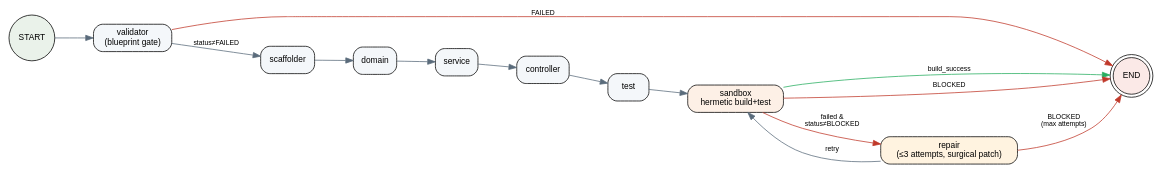
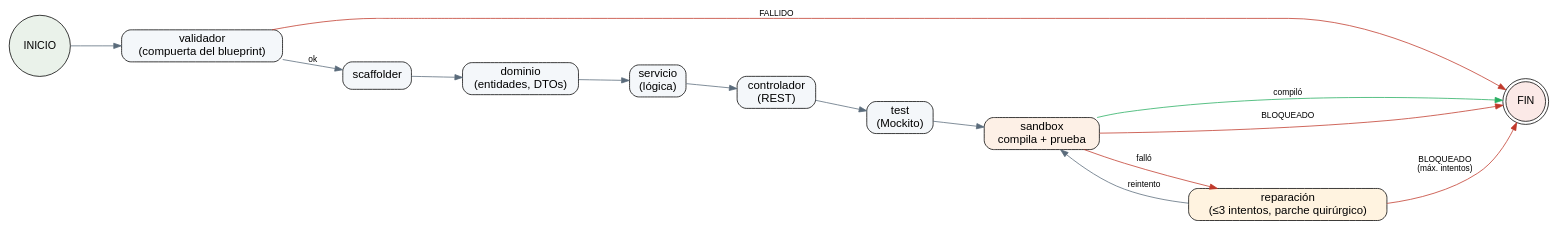
The diagram in docs/fig/workflow.dot (WilliamVegu/agentIA), drawn with Graphviz before and after one commit. The commit also changed 7 other files, not shown here.

```diff
--- a/docs/fig/workflow.dot
+++ b/docs/fig/workflow.dot
@@ -1,29 +1,29 @@
 digraph workflow {
   rankdir=LR; fontname="Helvetica"; newrank=true;
-  graph [nodesep=0.35, ranksep=0.7];
-  node [shape=box, style="rounded,filled", fontname="Helvetica", fontsize=11];
-  edge [fontname="Helvetica", fontsize=9, color="#5a6b7b"];
+  graph [nodesep=0.5, ranksep=0.9, margin=0.1];
+  node [shape=box, style="rounded,filled", fontname="Helvetica", fontsize=15];
+  edge [fontname="Helvetica", fontsize=11, color="#5a6b7b"];
 
-  START [shape=circle, fillcolor="#eaf2ea", label="START"];
-  END   [shape=doublecircle, fillcolor="#fbe9e7", label="END"];
+  START [shape=circle, fillcolor="#eaf2ea", label="INICIO", fontsize=14];
+  END   [shape=doublecircle, fillcolor="#fbe9e7", label="FIN", fontsize=14];
 
-  validator  [fillcolor="#f4f7fa", label="validator\n(blueprint gate)"];
+  validator  [fillcolor="#f4f7fa", label="validador\n(compuerta del blueprint)"];
   scaffolder [fillcolor="#f4f7fa"];
-  domain     [fillcolor="#f4f7fa"];
-  service    [fillcolor="#f4f7fa"];
-  controller [fillcolor="#f4f7fa"];
-  test       [fillcolor="#f4f7fa"];
-  sandbox    [fillcolor="#fdf0e6", label="sandbox\nhermetic build+test"];
-  repair     [fillcolor="#fff3e0", label="repair\n(≤3 attempts, surgical patch)"];
+  domain     [fillcolor="#f4f7fa", label="dominio\n(entidades, DTOs)"];
+  service    [fillcolor="#f4f7fa", label="servicio\n(lógica)"];
+  controller [fillcolor="#f4f7fa", label="controlador\n(REST)"];
+  test       [fillcolor="#f4f7fa", label="test\n(Mockito)"];
+  sandbox    [fillcolor="#fdf0e6", label="sandbox\ncompila + prueba"];
+  repair     [fillcolor="#fff3e0", label="reparación\n(≤3 intentos, parche quirúrgico)"];
 
   START -> validator;
-  validator -> scaffolder [label="status≠FAILED"];
-  validator -> END [label="FAILED", color="#c0392b"];
+  validator -> scaffolder [label="ok"];
+  validator -> END [label="FALLIDO", color="#c0392b"];
   scaffolder -> domain -> service -> controller -> test;
   test -> sandbox;
-  sandbox -> END [label="build_success", color="#27ae60"];
-  sandbox -> repair [label="failed &\nstatus≠BLOCKED", color="#c0392b"];
-  sandbox -> END [label="BLOCKED", color="#c0392b"];
-  repair -> sandbox [label="retry"];
-  repair -> END [label="BLOCKED\n(max attempts)", color="#c0392b"];
+  sandbox -> END [label="compiló", color="#27ae60"];
+  sandbox -> repair [label="falló", color="#c0392b"];
+  sandbox -> END [label="BLOQUEADO", color="#c0392b"];
+  repair -> sandbox [label="reintento"];
+  repair -> END [label="BLOQUEADO\n(máx. intentos)", color="#c0392b"];
 }
```
